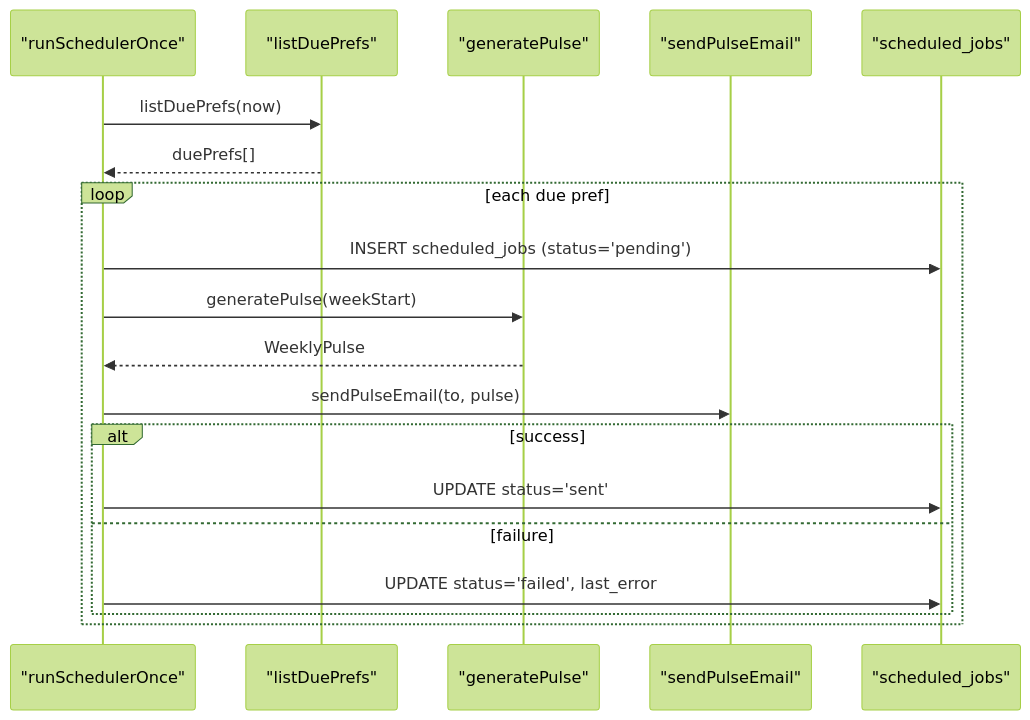
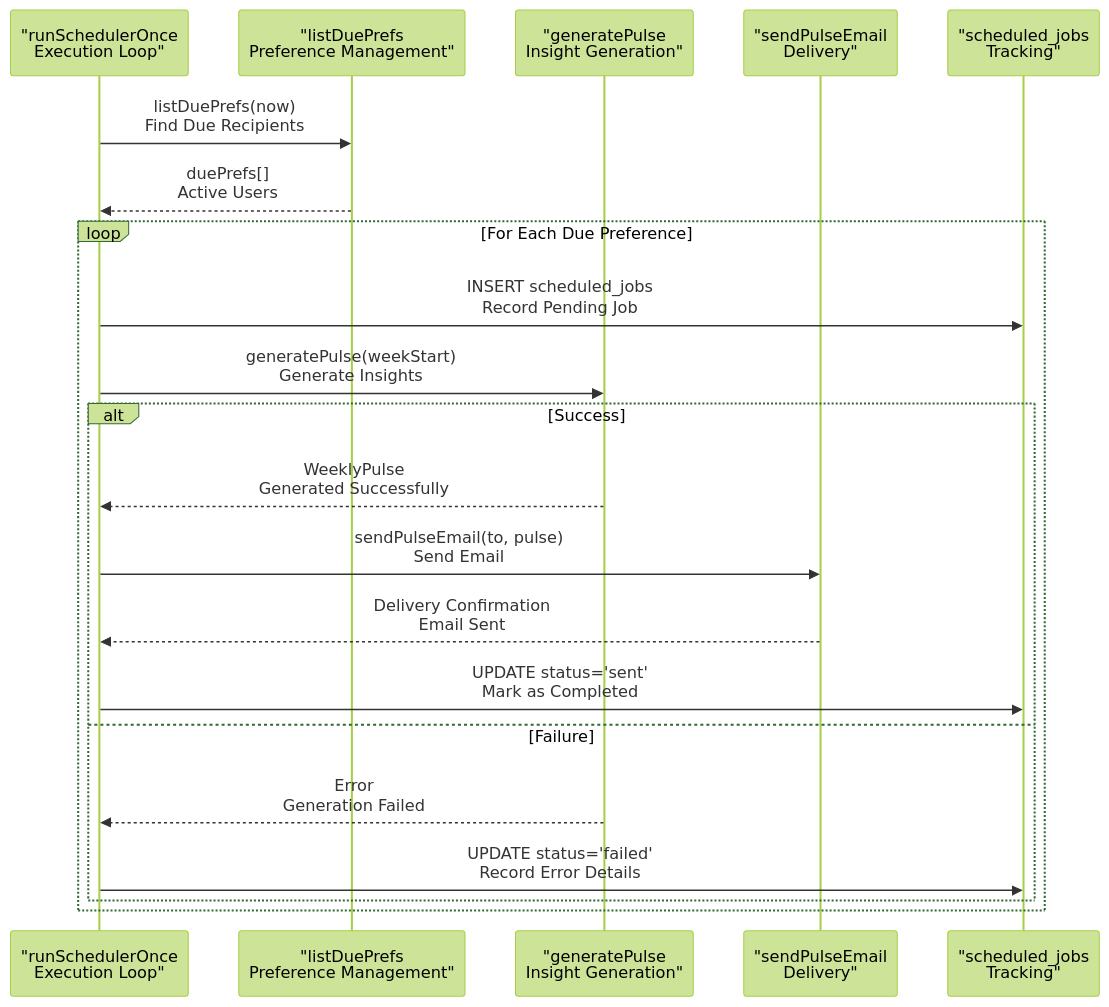
The seventh of 9 diagrams in .qoder/repowiki/en/content/Phase 2_ Advanced Analytics & Automation/Weekly Pulse Generation.md (aravinthraj-ramalingam/Groww-App-Review-Insights-Analyzer-), drawn with Mermaid (forest theme) before and after one commit. The commit also changed other lines of this file and 11 other files, not shown here.

````diff
--- a/.qoder/repowiki/en/content/Phase 2_ Advanced Analytics & Automation/Weekly Pulse Generation.md
+++ b/.qoder/repowiki/en/content/Phase 2_ Advanced Analytics & Automation/Weekly Pulse Generation.md
@@ -311,21 +328,23 @@
 ```mermaid
 sequenceDiagram
-participant Tick as "runSchedulerOnce"
-participant Pref as "listDuePrefs"
-participant Gen as "generatePulse"
-participant Mail as "sendPulseEmail"
-participant DB as "scheduled_jobs"
-Tick->>Pref : listDuePrefs(now)
-Pref-->>Tick : duePrefs[]
-loop each due pref
-Tick->>DB : INSERT scheduled_jobs (status='pending')
-Tick->>Gen : generatePulse(weekStart)
-Gen-->>Tick : WeeklyPulse
-Tick->>Mail : sendPulseEmail(to, pulse)
-alt success
-Tick->>DB : UPDATE status='sent'
-else failure
-Tick->>DB : UPDATE status='failed', last_error
+participant Tick as "runSchedulerOnce<br/>Execution Loop"
+participant Pref as "listDuePrefs<br/>Preference Management"
+participant Gen as "generatePulse<br/>Insight Generation"
+participant Mail as "sendPulseEmail<br/>Delivery"
+participant DB as "scheduled_jobs<br/>Tracking"
+Tick->>Pref : listDuePrefs(now)<br/>Find Due Recipients
+Pref-->>Tick : duePrefs[]<br/>Active Users
+loop For Each Due Preference
+Tick->>DB : INSERT scheduled_jobs<br/>Record Pending Job
+Tick->>Gen : generatePulse(weekStart)<br/>Generate Insights
+alt Success
+Gen-->>Tick : WeeklyPulse<br/>Generated Successfully
+Tick->>Mail : sendPulseEmail(to, pulse)<br/>Send Email
+Mail-->>Tick : Delivery Confirmation<br/>Email Sent
+Tick->>DB : UPDATE status='sent'<br/>Mark as Completed
+else Failure
+Gen-->>Tick : Error<br/>Generation Failed
+Tick->>DB : UPDATE status='failed'<br/>Record Error Details
 end
 end
 ```
````
